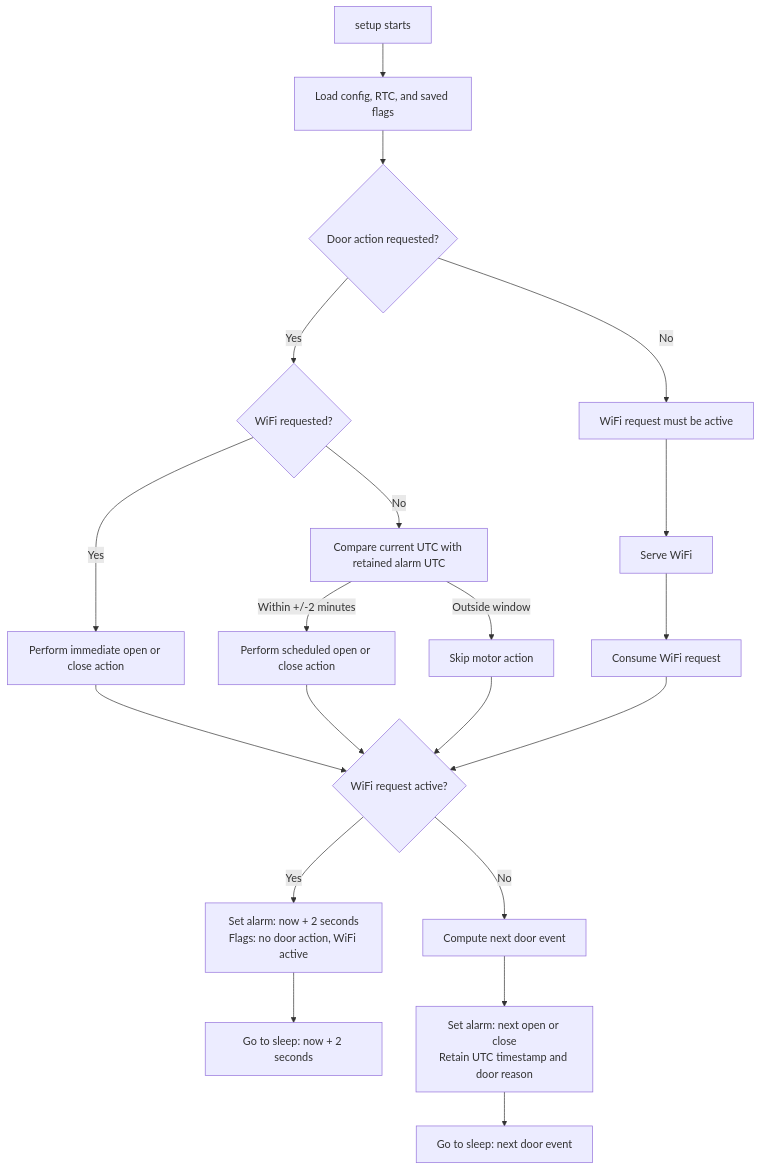
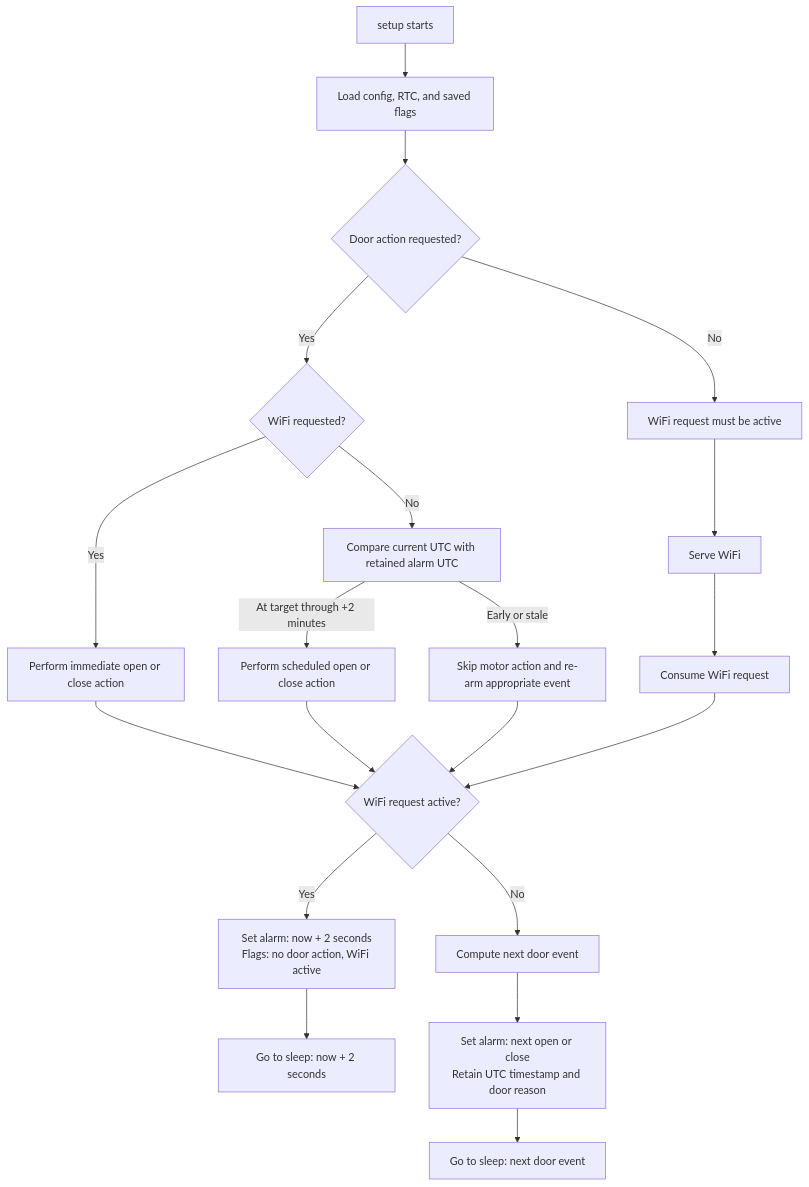
One commit to jujumo/poulailler changed the diagram in doc/operation-sequence.mmd. Above: the diagram before and after it, drawn with Mermaid. The commit also changed 5 other files, not shown here.

```diff
--- a/doc/operation-sequence.mmd
+++ b/doc/operation-sequence.mmd
@@ -1,25 +1,25 @@
 flowchart TD
     A[setup starts] --> B[Load config, RTC, and saved flags]
     B --> C{Door action requested?}
 
     C -->|Yes| D{WiFi requested?}
     D -->|Yes| E[Perform immediate open or close action]
     D -->|No| F[Compare current UTC with retained alarm UTC]
-    F -->|Within +/-2 minutes| G[Perform scheduled open or close action]
-    F -->|Outside window| H[Skip motor action]
+    F -->|At target through +2 minutes| G[Perform scheduled open or close action]
+    F -->|Early or stale| H[Skip motor action and re-arm appropriate event]
 
     E --> I{WiFi request active?}
     G --> I
     H --> I
 
     C -->|No| J[WiFi request must be active]
     J --> K[Serve WiFi]
     K --> L[Consume WiFi request]
     L --> I
 
     I -->|Yes| M[Set alarm: now + 2 seconds<br/>Flags: no door action, WiFi active]
     M --> N[Go to sleep: now + 2 seconds]
 
     I -->|No| O[Compute next door event]
     O --> P[Set alarm: next open or close<br/>Retain UTC timestamp and door reason]
     P --> Q[Go to sleep: next door event]
```
